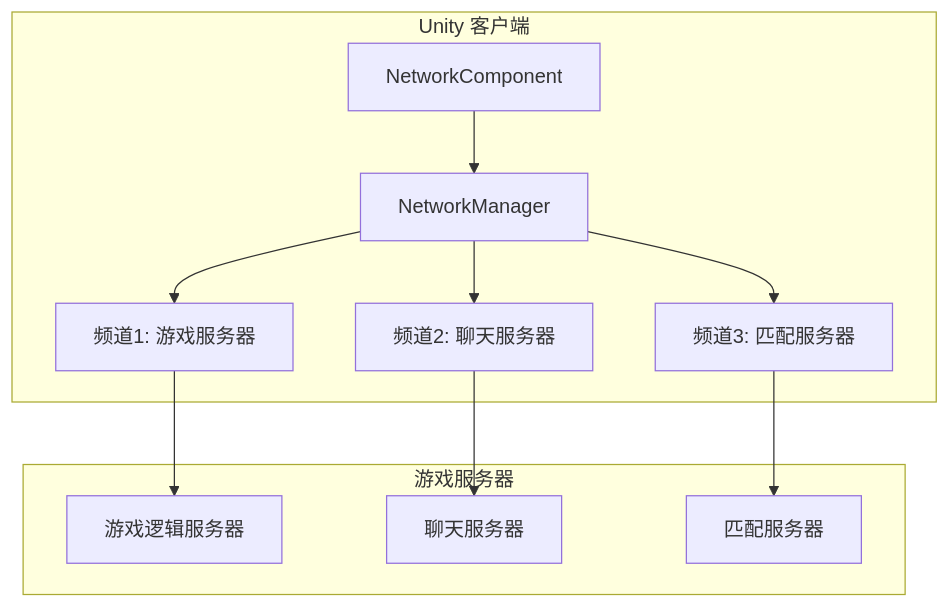
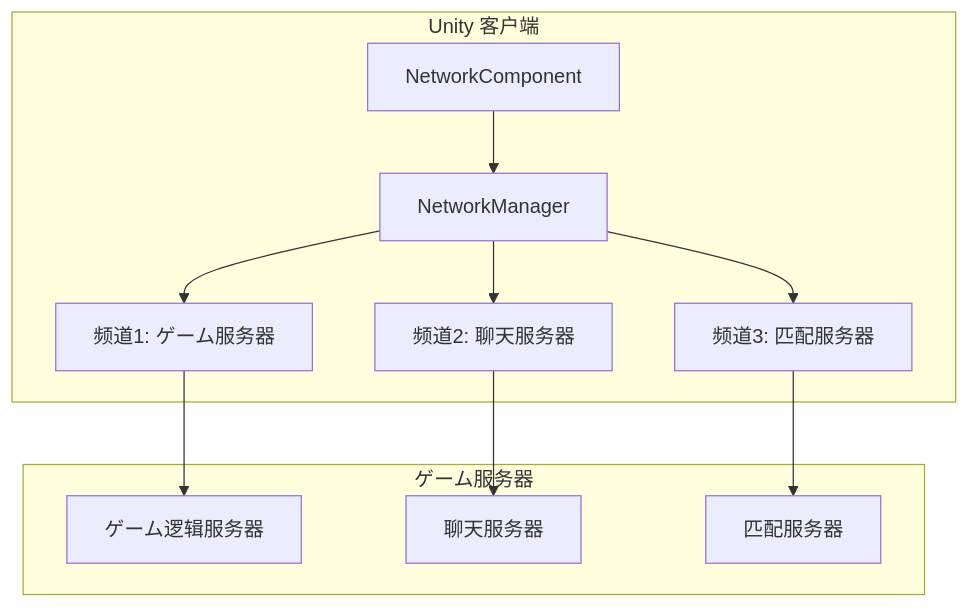
Before and after one commit to AlianBlank/GameFrameX.Docs: the seventh of 7 diagrams in docs/ja/client/unity/component/network/01.overview.md, drawn with Mermaid. The commit also changed other lines of this file and 603 other files, not shown here.

````diff
--- a/docs/ja/client/unity/component/network/01.overview.md
+++ b/docs/ja/client/unity/component/network/01.overview.md
@@ -335,24 +335,24 @@
 ```mermaid
 flowchart TD
     subgraph Client["Unity 客户端"]
         NC[NetworkComponent]
         NM[NetworkManager]
-        NC1[频道1: 游戏服务器]
+        NC1[频道1: ゲーム服务器]
         NC2[频道2: 聊天服务器]
         NC3[频道3: 匹配服务器]
     end
     
-    subgraph Server["游戏服务器"]
-        GS[游戏逻辑服务器]
+    subgraph Server["ゲーム服务器"]
+        GS[ゲーム逻辑服务器]
         CS[聊天服务器]
         MS[匹配服务器]
     end
     
     NC --> NM
     NM --> NC1
     NM --> NC2
     NM --> NC3
     NC1 --> GS
     NC2 --> CS
     NC3 --> MS
 ```
````
